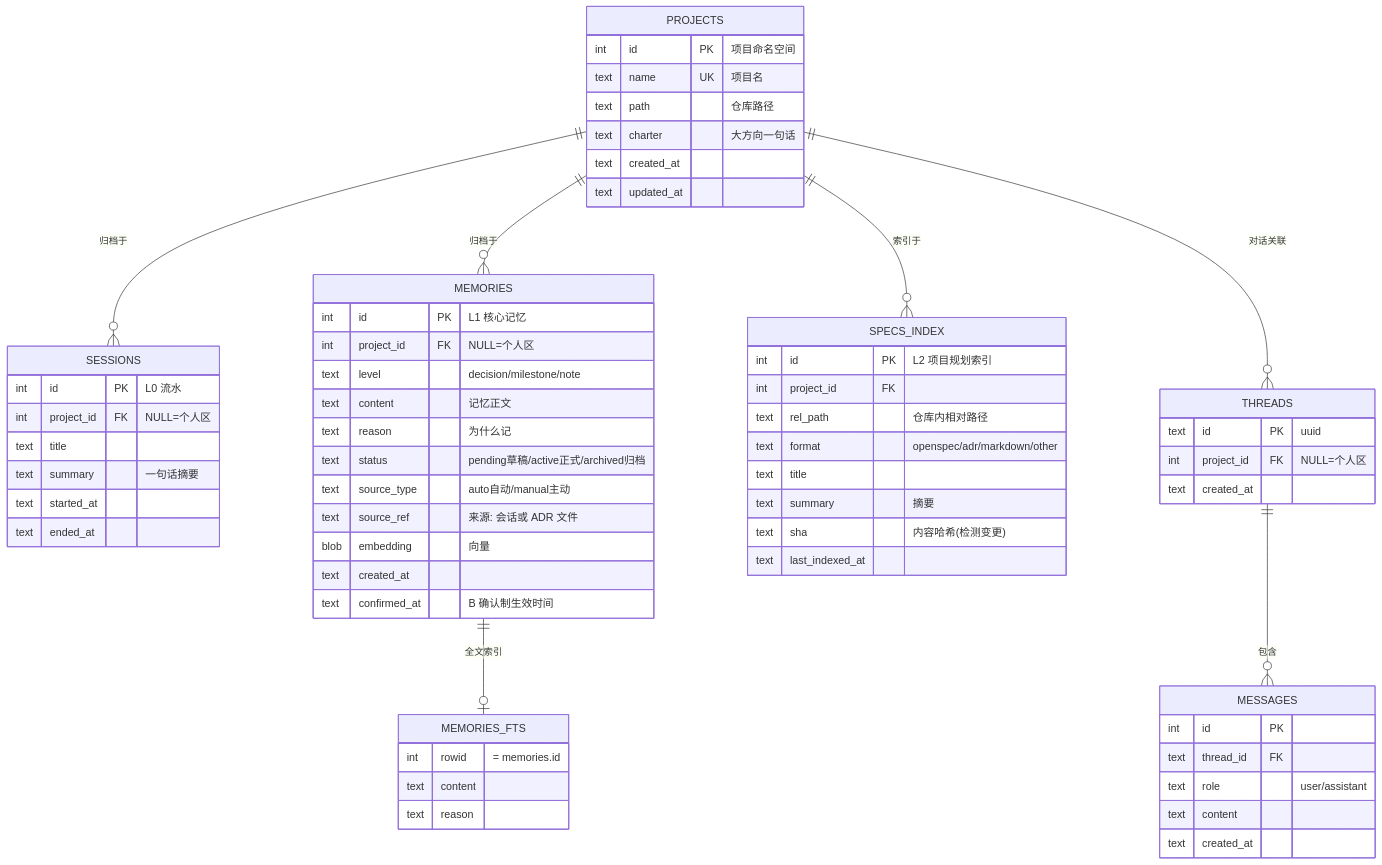
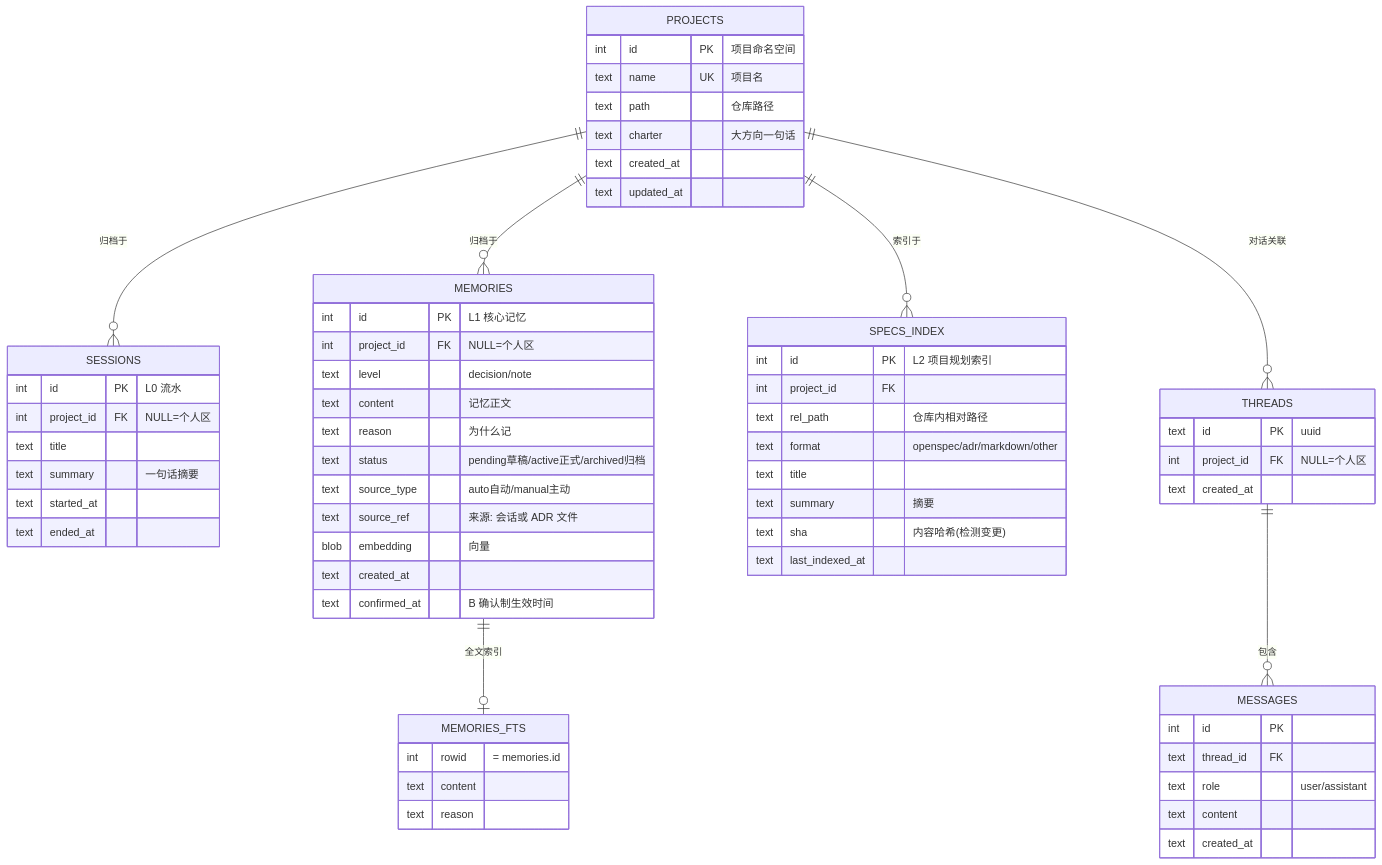
Before and after one commit to ljzRober/L-clone: the second of 6 diagrams in docs/ARCHITECTURE.md, drawn with Mermaid. The commit also changed other lines of this file and 14 other files, not shown here.

````diff
--- a/docs/ARCHITECTURE.md
+++ b/docs/ARCHITECTURE.md
@@ -60,72 +60,72 @@
 ```mermaid
 erDiagram
     PROJECTS ||--o{ SESSIONS : "归档于"
     PROJECTS ||--o{ MEMORIES : "归档于"
     PROJECTS ||--o{ SPECS_INDEX : "索引于"
     PROJECTS ||--o{ THREADS : "对话关联"
     THREADS ||--o{ MESSAGES : "包含"
     MEMORIES ||--o| MEMORIES_FTS : "全文索引"
 
     PROJECTS {
         int id PK "项目命名空间"
         text name UK "项目名"
         text path "仓库路径"
         text charter "大方向一句话"
         text created_at
         text updated_at
     }
 
     SESSIONS {
         int id PK "L0 流水"
         int project_id FK "NULL=个人区"
         text title
         text summary "一句话摘要"
         text started_at
         text ended_at
     }
 
     MEMORIES {
         int id PK "L1 核心记忆"
         int project_id FK "NULL=个人区"
-        text level "decision/milestone/note"
+        text level "decision/note"
         text content "记忆正文"
         text reason "为什么记"
         text status "pending草稿/active正式/archived归档"
         text source_type "auto自动/manual主动"
         text source_ref "来源: 会话或 ADR 文件"
         blob embedding "向量"
         text created_at
         text confirmed_at "B 确认制生效时间"
     }
 
     SPECS_INDEX {
         int id PK "L2 项目规划索引"
         int project_id FK
         text rel_path "仓库内相对路径"
         text format "openspec/adr/markdown/other"
         text title
         text summary "摘要"
         text sha "内容哈希(检测变更)"
         text last_indexed_at
     }
 
     THREADS {
         text id PK "uuid"
         int project_id FK "NULL=个人区"
         text created_at
     }
 
     MESSAGES {
         int id PK
         text thread_id FK
         text role "user/assistant"
         text content
         text created_at
     }
 
     MEMORIES_FTS {
         int rowid "= memories.id"
         text content
         text reason
     }
 ```
````
